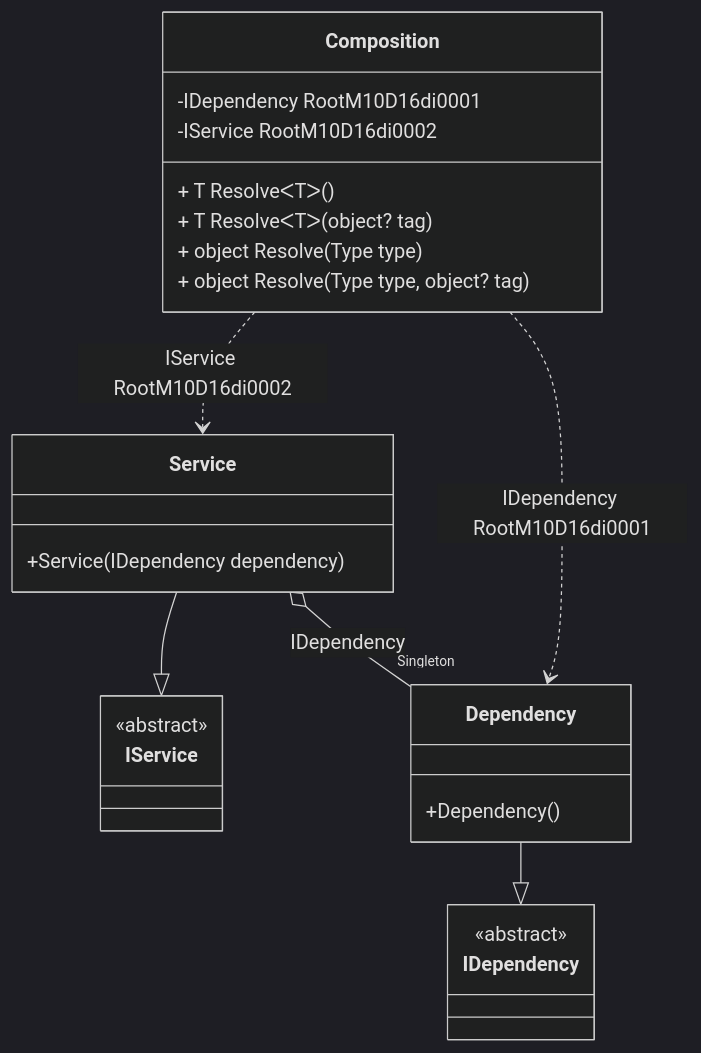
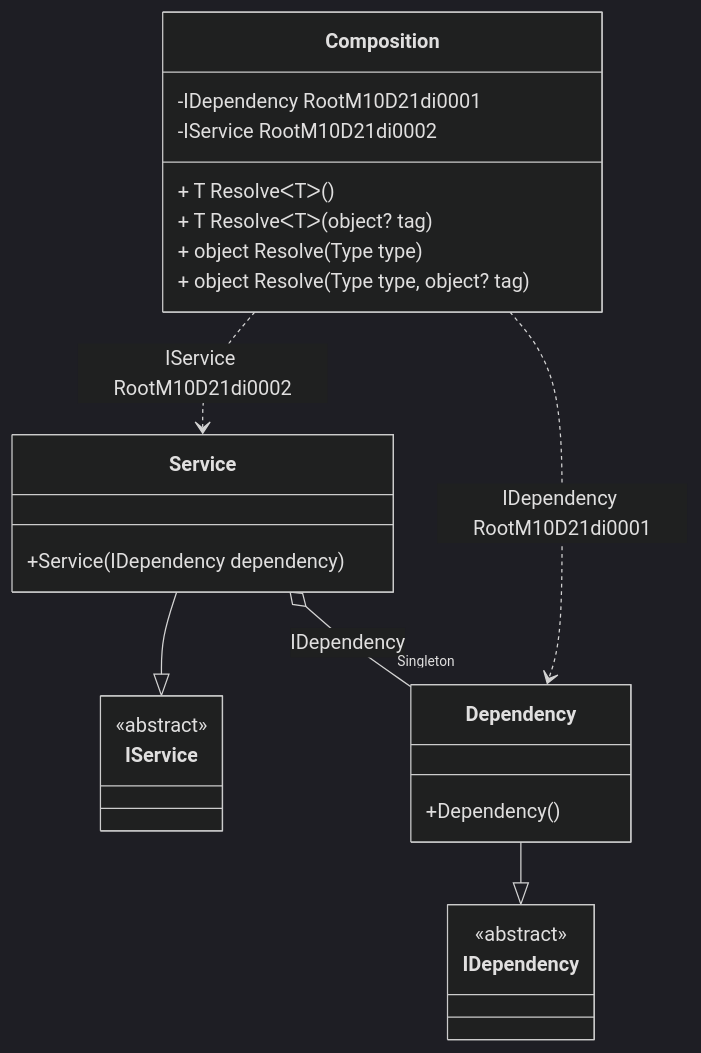
Before and after one commit to DevTeam/Pure.DI: the diagram in readme/service-collection.md, drawn with Mermaid (dark theme). The commit also changed other lines of this file and 67 other files, not shown here.

````diff
--- a/readme/service-collection.md
+++ b/readme/service-collection.md
@@ -70,28 +50,28 @@
 ```mermaid
 classDiagram
   class Composition {
-    -IDependency RootM10D16di0001
-    -IService RootM10D16di0002
+    -IDependency RootM10D21di0001
+    -IService RootM10D21di0002
     + T ResolveᐸTᐳ()
     + T ResolveᐸTᐳ(object? tag)
     + object Resolve(Type type)
     + object Resolve(Type type, object? tag)
   }
   Service --|> IService : 
   class Service {
     +Service(IDependency dependency)
   }
   Dependency --|> IDependency : 
   class Dependency {
     +Dependency()
   }
   class IService {
     <<abstract>>
   }
   class IDependency {
     <<abstract>>
   }
   Service o--  "Singleton" Dependency : IDependency
-  Composition ..> Dependency : IDependency RootM10D16di0001
-  Composition ..> Service : IService RootM10D16di0002
+  Composition ..> Dependency : IDependency RootM10D21di0001
+  Composition ..> Service : IService RootM10D21di0002
 ```
````
